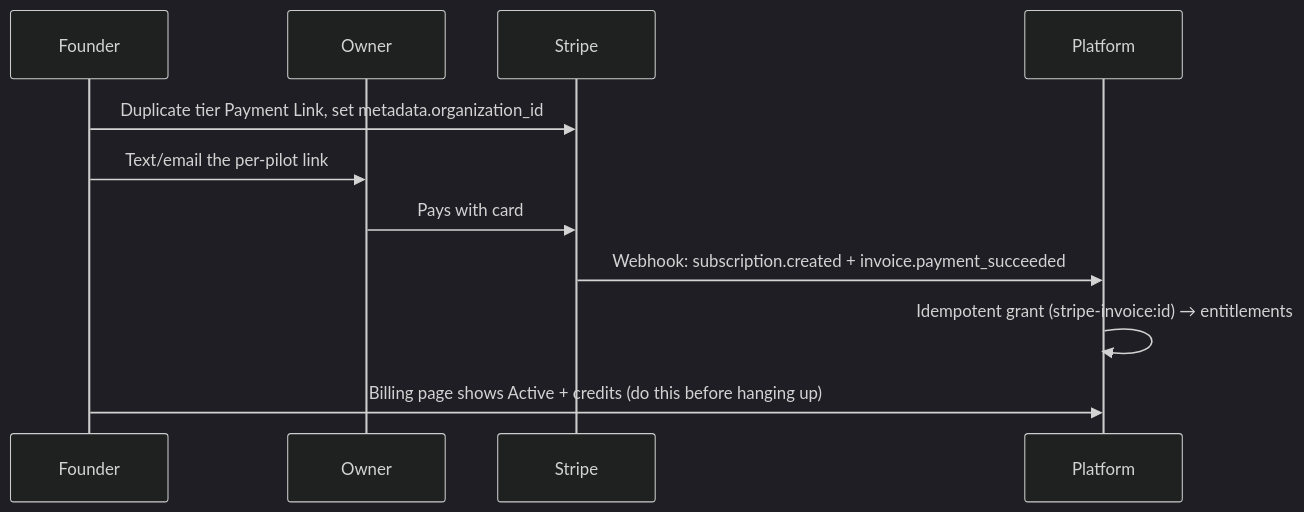
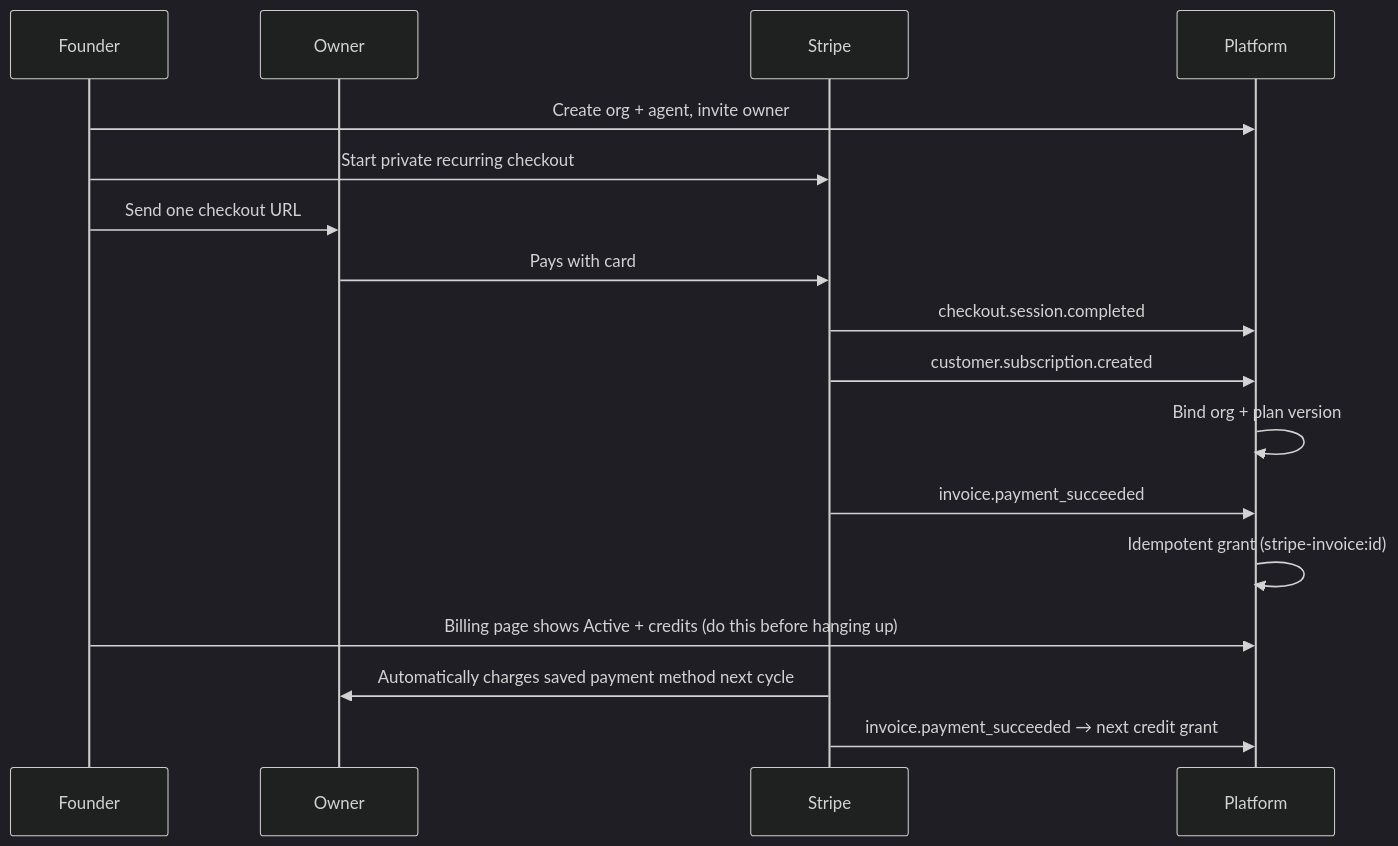
The diagram in docs/09_launch_strategy/05-pilot-billing-runbook.md (gauravdhiman/a1-voice-agent-platform), drawn with Mermaid (dark theme) before and after one commit. The commit also changed other lines of this file and 26 other files, not shown here.

````diff
--- a/docs/09_launch_strategy/05-pilot-billing-runbook.md
+++ b/docs/09_launch_strategy/05-pilot-billing-runbook.md
@@ -25,13 +44,19 @@
 ```mermaid
 sequenceDiagram
   participant You as Founder
   participant SMB as Owner
   participant ST as Stripe
   participant PL as Platform
-  You->>ST: Duplicate tier Payment Link, set metadata.organization_id
-  You->>SMB: Text/email the per-pilot link
+  You->>PL: Create org + agent, invite owner
+  You->>ST: Start private recurring checkout
+  You->>SMB: Send one checkout URL
   SMB->>ST: Pays with card
-  ST->>PL: Webhook: subscription.created + invoice.payment_succeeded
-  PL->>PL: Idempotent grant (stripe-invoice:id) → entitlements
+  ST->>PL: checkout.session.completed
+  ST->>PL: customer.subscription.created
+  PL->>PL: Bind org + plan version
+  ST->>PL: invoice.payment_succeeded
+  PL->>PL: Idempotent grant (stripe-invoice:id)
   You->>PL: Billing page shows Active + credits (do this before hanging up)
+  ST->>SMB: Automatically charges saved payment method next cycle
+  ST->>PL: invoice.payment_succeeded → next credit grant
 ```
````
